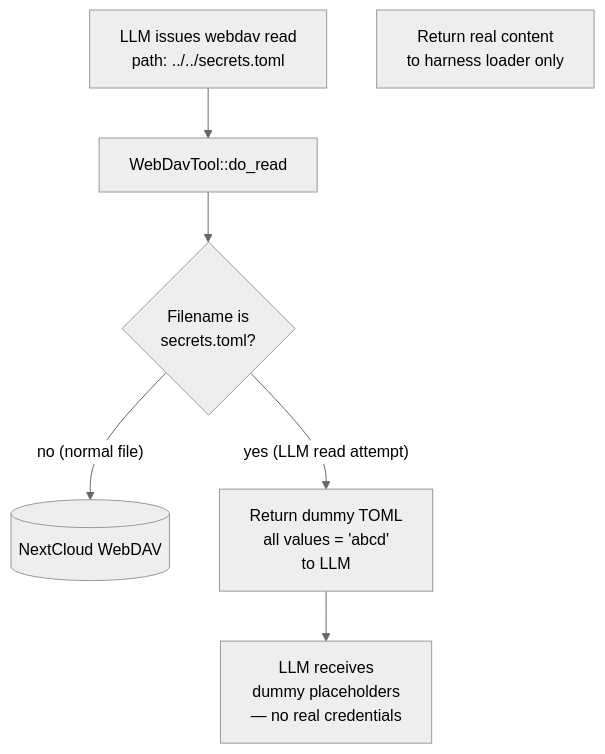
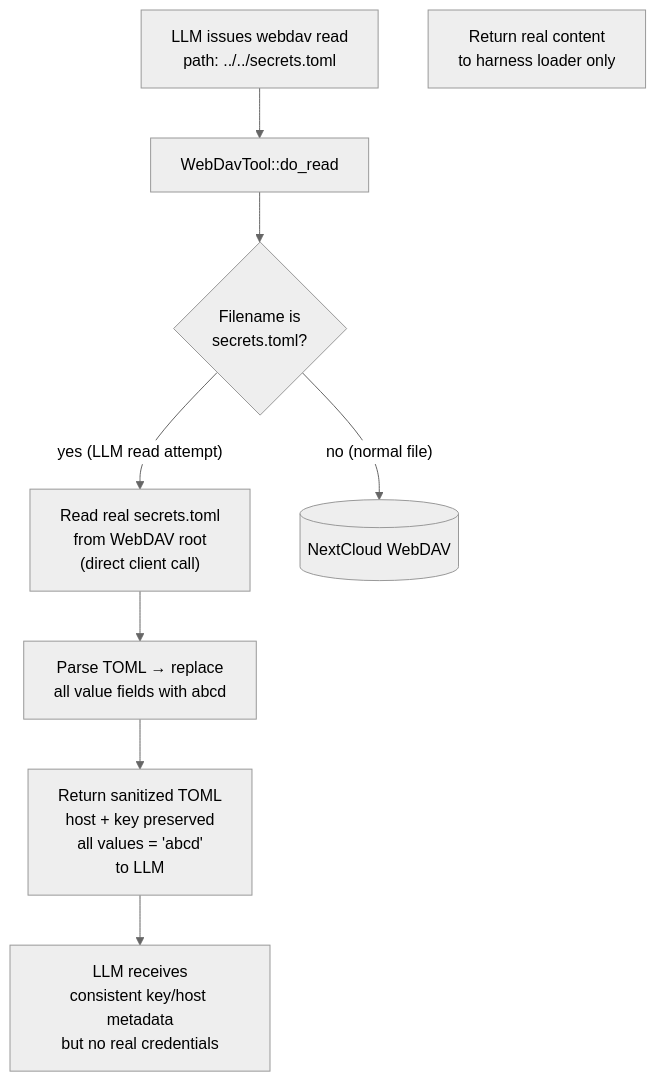
One commit to cosmoswafer/rockbot changed the sixth of 6 diagrams in _dfd/interception/secret-interception.md. Above: the diagram before and after it, drawn with Mermaid (neutral theme). The commit also changed other lines of this file and 1 other file, not shown here.

First line of the commit message:
refactor: secrets.toml dummy data gate reads real file, sanitizes values

````diff
--- a/_dfd/interception/secret-interception.md
+++ b/_dfd/interception/secret-interception.md
@@ -185,16 +190,20 @@
 ```mermaid
 flowchart TD
     LLM[LLM issues webdav read<br/>path: ../../secrets.toml]
     TOOL[WebDavTool::do_read]
     CHECK{Filename is<br/>secrets.toml?}
+    READ["Read real secrets.toml<br/>from WebDAV root<br/>(direct client call)"]
+    PARSE[Parse TOML → replace<br/>all value fields with abcd]
     DAV[(NextCloud WebDAV)]
     REAL[Return real content<br/>to harness loader only]
-    DUMMY["Return dummy TOML<br/>all values = 'abcd'<br/>to LLM"]
-    LLM_OUT["LLM receives<br/>dummy placeholders<br/>— no real credentials"]
+    DUMMY["Return sanitized TOML<br/>host + key preserved<br/>all values = 'abcd'<br/>to LLM"]
+    LLM_OUT["LLM receives<br/>consistent key/host metadata<br/>but no real credentials"]
 
     LLM --> TOOL
     TOOL --> CHECK
-    CHECK -->|"yes (LLM read attempt)"| DUMMY
+    CHECK -->|"yes (LLM read attempt)"| READ
     CHECK -->|"no (normal file)"| DAV
+    READ --> PARSE
+    PARSE --> DUMMY
     DUMMY --> LLM_OUT
 ```
````
